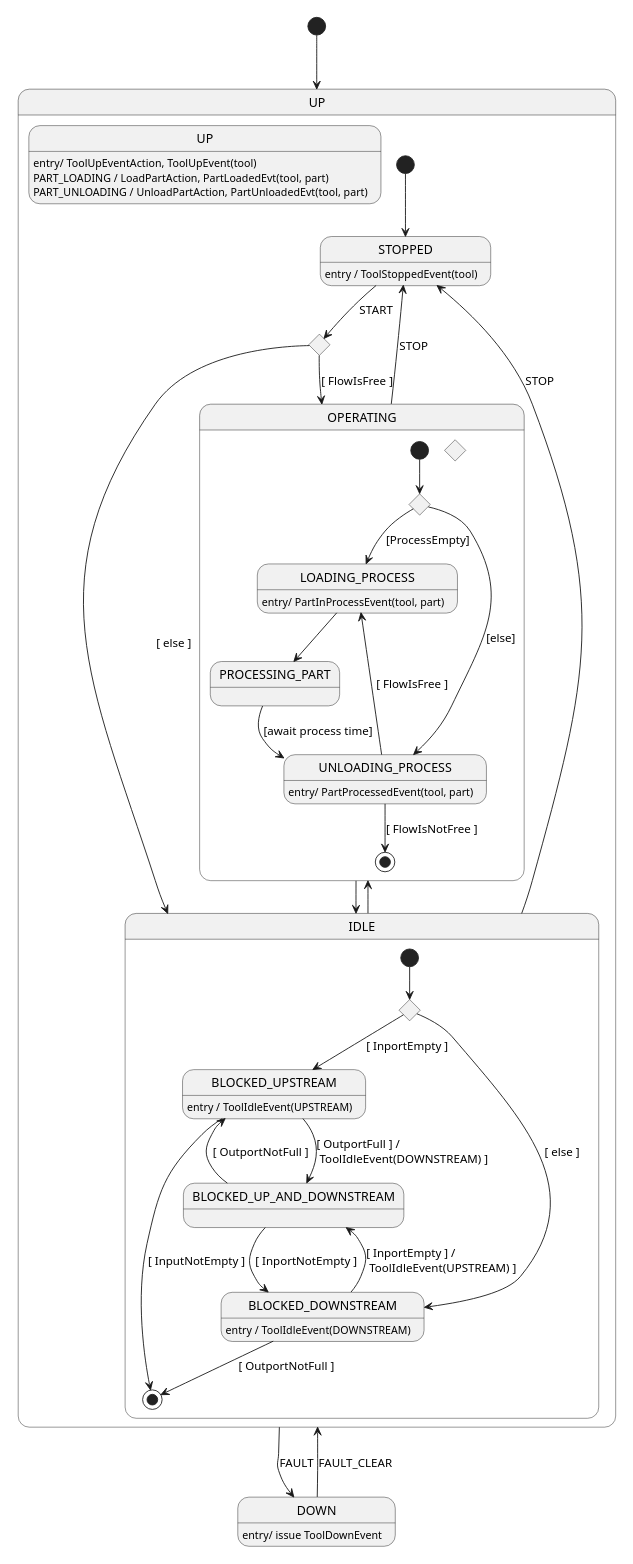
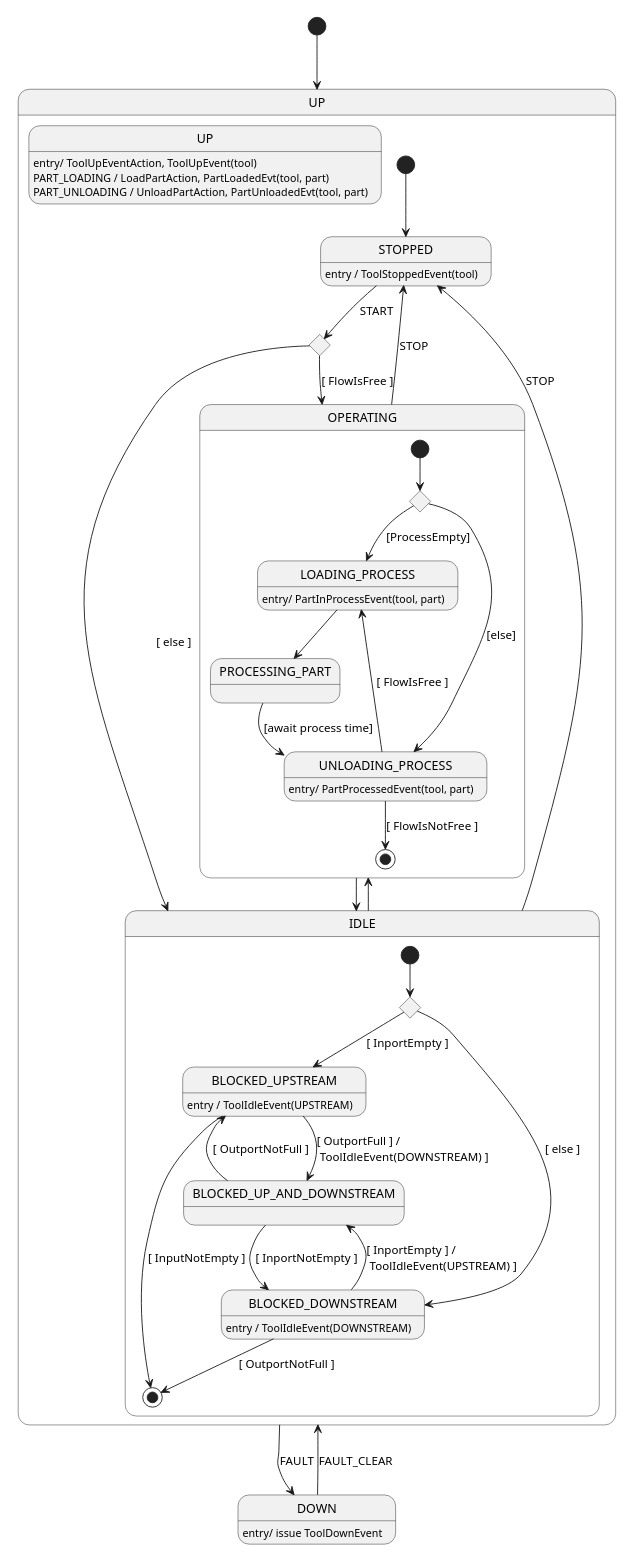
The diagram in doc/domain/tool.state.puml (onouv/mes-tool-mock-srv), drawn with PlantUML before and after one commit. The commit also changed 1 other file, not shown here.

Commit message:
amend fsm plant uml (delete redundant choice node)

```diff
--- a/doc/domain/tool.state.puml
+++ b/doc/domain/tool.state.puml
@@ -1,67 +1,66 @@
 @startuml
 'https://plantuml.com/state-diagram
 skinparam defaultTextAlignment left
 scale 350 width
 
 [*] --> UP
 state DOWN : entry/ issue ToolDownEvent
 
 state UP {
     state UP: entry/ ToolUpEventAction, ToolUpEvent(tool)
     state UP: PART_LOADING / LoadPartAction, PartLoadedEvt(tool, part)
     state UP: PART_UNLOADING / UnloadPartAction, PartUnloadedEvt(tool, part)
 
     state STOPPED
     STOPPED: entry / ToolStoppedEvent(tool)
 
     state UP_CHOICE <<choice>>
     [*] --> STOPPED
     STOPPED --> UP_CHOICE: START
     UP_CHOICE --> OPERATING: [ FlowIsFree ]
     UP_CHOICE --> IDLE: [ else ]
 
     OPERATING --> STOPPED: STOP
     OPERATING --> IDLE
 
     state IDLE {
 
         state BLOCKED_UPSTREAM: entry / ToolIdleEvent(UPSTREAM)
         state BLOCKED_DOWNSTREAM: entry / ToolIdleEvent(DOWNSTREAM)
         state IDLE_CHOICE <<choice>>
 
         [*] --> IDLE_CHOICE
         IDLE_CHOICE --> BLOCKED_UPSTREAM: [ InportEmpty ]
         IDLE_CHOICE --> BLOCKED_DOWNSTREAM: [ else ]
         BLOCKED_DOWNSTREAM --> BLOCKED_UP_AND_DOWNSTREAM: [ InportEmpty ] /\n ToolIdleEvent(UPSTREAM) ]
         BLOCKED_UPSTREAM --> BLOCKED_UP_AND_DOWNSTREAM: [ OutportFull ] /\n ToolIdleEvent(DOWNSTREAM) ]
         BLOCKED_UP_AND_DOWNSTREAM --> BLOCKED_UPSTREAM: [ OutportNotFull ]
         BLOCKED_UP_AND_DOWNSTREAM --> BLOCKED_DOWNSTREAM: [ InportNotEmpty ]
         BLOCKED_DOWNSTREAM --> [*]: [ OutportNotFull ]
         BLOCKED_UPSTREAM --> [*]: [ InputNotEmpty ]
      }
 
     state OPERATING {
         state LOADING_PROCESS: entry/ PartInProcessEvent(tool, part)
         state UNLOADING_PROCESS: entry/ PartProcessedEvent(tool, part)
         state CHOICE_PROCESS_EMPTY <<choice>>
-        state CHOICE_UNLOADING <<choice>>
         state PROCESSING_PART
 
         [*] --> CHOICE_PROCESS_EMPTY
         CHOICE_PROCESS_EMPTY --> LOADING_PROCESS: [ProcessEmpty]
         CHOICE_PROCESS_EMPTY --> UNLOADING_PROCESS: [else]
         LOADING_PROCESS --> PROCESSING_PART
 
         PROCESSING_PART --> UNLOADING_PROCESS: [await process time]
         UNLOADING_PROCESS --> LOADING_PROCESS: [ FlowIsFree ]
         UNLOADING_PROCESS --> [*] : [ FlowIsNotFree ]
     }
 
     IDLE --> OPERATING
     IDLE --> STOPPED: STOP
 
 }
 
 UP --> DOWN: FAULT
 DOWN --> UP: FAULT_CLEAR
 @enduml
```
